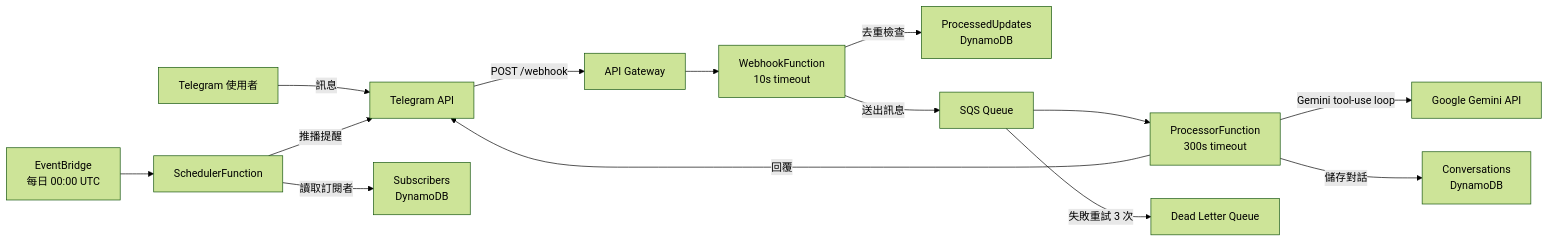
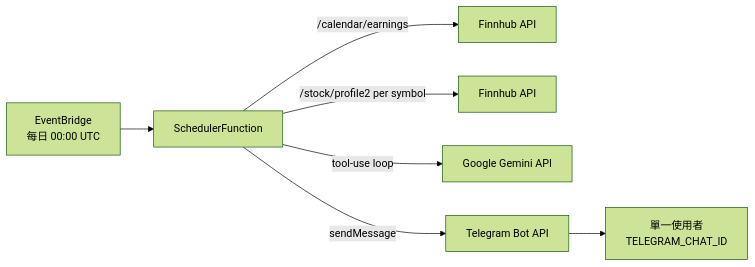
One commit to HarryYehhhh/stock-agent changed the second of 2 diagrams in docs/deployment-flow.md. Above: the diagram before and after it, drawn with Mermaid (forest theme). The commit also changed other lines of this file and 3 other files, not shown here.

First line of the commit message:
docs: sync README, CLAUDE.md, AGENTS.md, deployment-flow to minimal stack

````diff
--- a/docs/deployment-flow.md
+++ b/docs/deployment-flow.md
@@ -50,17 +29,9 @@
 ```mermaid
 flowchart LR
-    U[Telegram 使用者] -->|訊息| TG[Telegram API]
-    TG -->|POST /webhook| APIGW[API Gateway]
-    APIGW --> WH[WebhookFunction<br/>10s timeout]
-    WH -->|去重檢查| DDB3[ProcessedUpdates<br/>DynamoDB]
-    WH -->|送出訊息| SQS[SQS Queue]
-    SQS --> PROC[ProcessorFunction<br/>300s timeout]
-    PROC -->|Gemini tool-use loop| GEMINI[Google Gemini API]
-    PROC -->|儲存對話| DDB1[Conversations<br/>DynamoDB]
-    PROC -->|回覆| TG
-    SQS -->|失敗重試 3 次| DLQ[Dead Letter Queue]
-
     EB[EventBridge<br/>每日 00:00 UTC] --> SCHED[SchedulerFunction]
-    SCHED -->|讀取訂閱者| DDB2[Subscribers<br/>DynamoDB]
-    SCHED -->|推播提醒| TG
+    SCHED -->|/calendar/earnings| FH1[Finnhub API]
+    SCHED -->|/stock/profile2 per symbol| FH2[Finnhub API]
+    SCHED -->|tool-use loop| GEMINI[Google Gemini API]
+    SCHED -->|sendMessage| TG[Telegram Bot API]
+    TG --> U[單一使用者<br/>TELEGRAM_CHAT_ID]
 ```
````
